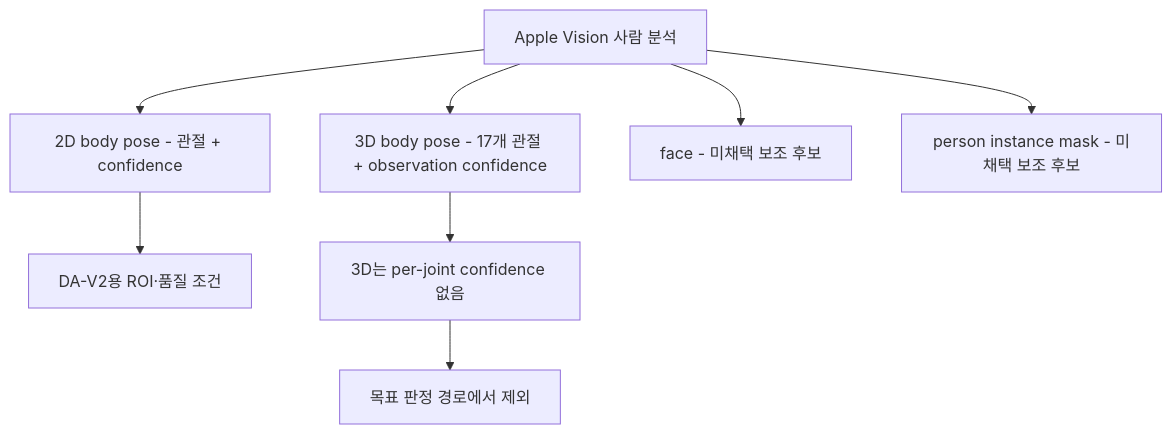
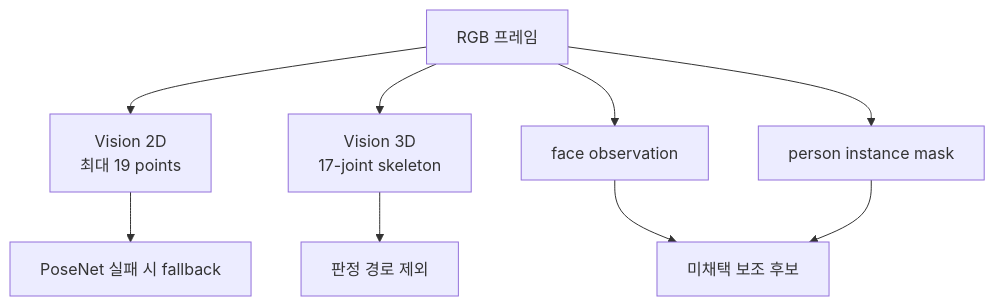
Before and after one commit to kimchanhyung98/turtlemeck: the diagram in docs/algorithm/apple-body-pose/README.md, drawn with Mermaid. The commit also changed other lines of this file and 37 other files, not shown here.

Commit message:
docs: adopt PoseNet-first pose path and add review reports

````diff
--- a/docs/algorithm/apple-body-pose/README.md
+++ b/docs/algorithm/apple-body-pose/README.md
@@ -16,11 +16,11 @@
 ```mermaid
 flowchart TD
-    H["Apple Vision 사람 분석"]
-    H --> B2["2D body pose - 관절 + confidence"]
-    H --> B3["3D body pose - 17개 관절 + observation confidence"]
-    H --> FA["face - 미채택 보조 후보"]
-    H --> MASK["person instance mask - 미채택 보조 후보"]
-    B2 --> M2["DA-V2용 ROI·품질 조건"]
-    B3 --> K2["3D는 per-joint confidence 없음"]
-    K2 --> G["목표 판정 경로에서 제외"]
+    FRAME["RGB 프레임"] --> V2["Vision 2D<br/>최대 19 points"]
+    FRAME --> V3["Vision 3D<br/>17-joint skeleton"]
+    FRAME --> FACE["face observation"]
+    FRAME --> MASK["person instance mask"]
+    V2 --> FALLBACK["PoseNet 실패 시 fallback"]
+    V3 --> EXCLUDED["판정 경로 제외"]
+    FACE --> NOTUSED["미채택 보조 후보"]
+    MASK --> NOTUSED
 ```
````
